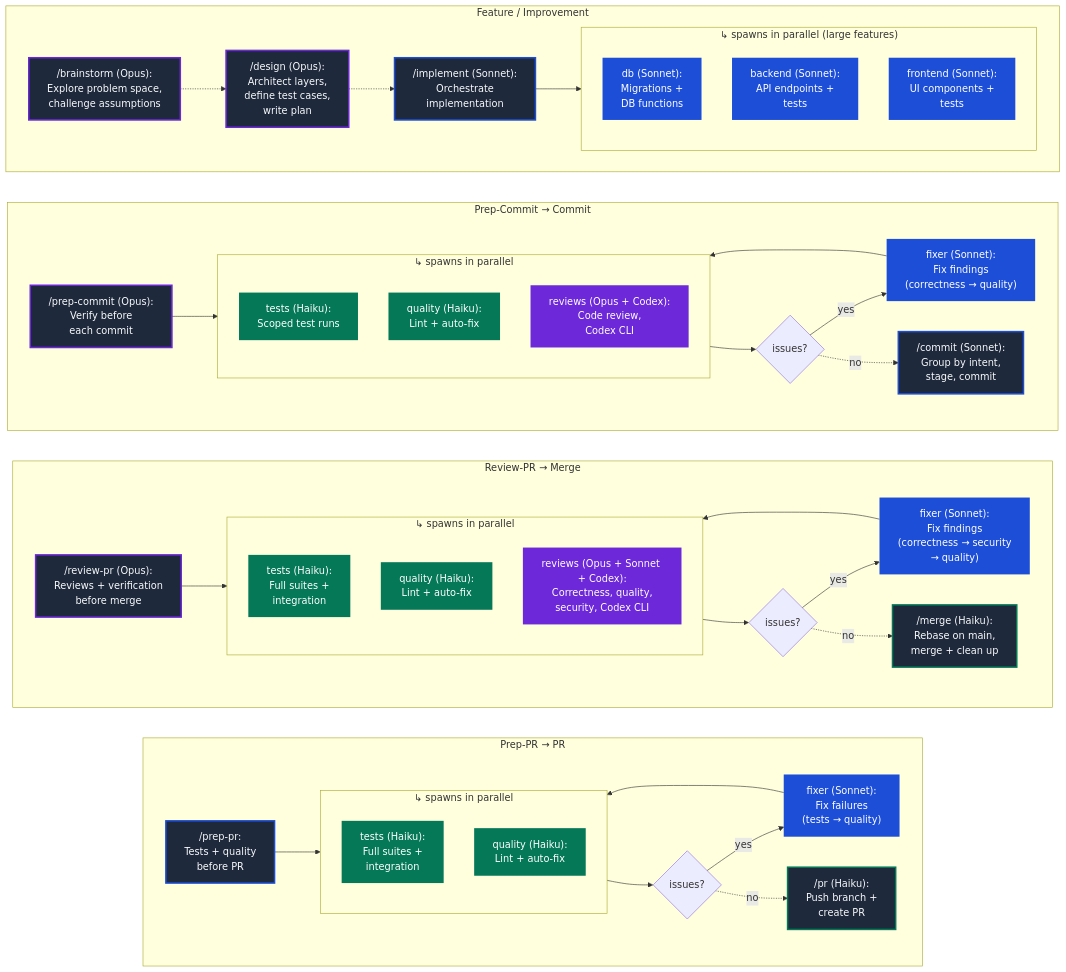
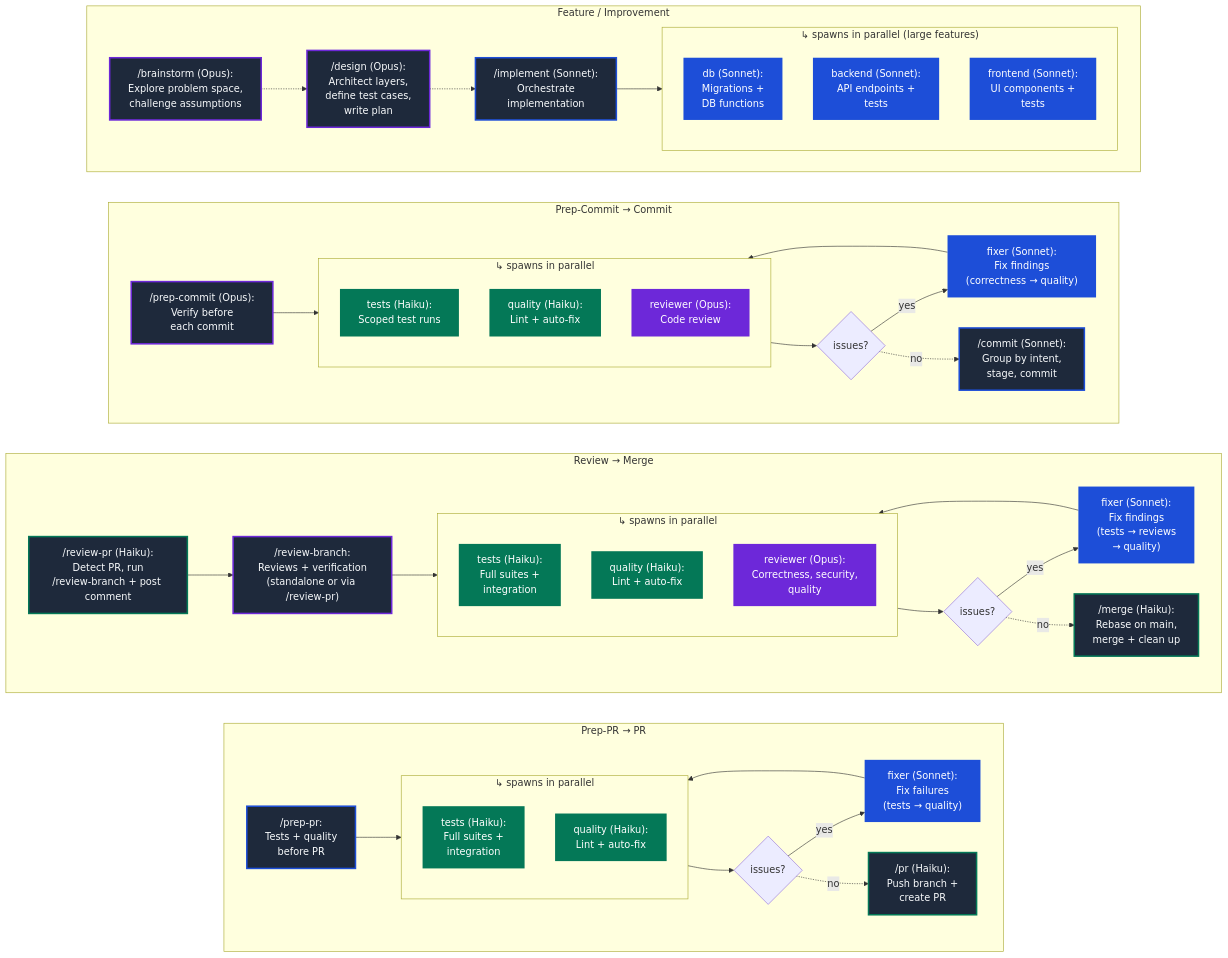
Before and after one commit to kambatla/ccupa: the diagram in README.md, drawn with Mermaid. The commit also changed other lines of this file, not shown here.

Commit message:
docs: update workflow diagram to reflect review-branch as core reviewer
/review-pr now delegates to /review-branch rather than orchestrating
reviews directly. Update diagram, agent counts, and commands table to
match current flow. Remove Codex reviewer references.

```diff
--- a/README.md
+++ b/README.md
@@ -60,23 +60,25 @@
     PPRFIX --> PPR_A
     PPR_CHECK -.->|no| PR
   end
- subgraph RPR_FLOW["Review-PR → Merge"]
+ subgraph RPR_FLOW["Review → Merge"]
     direction LR
-    RPR["/review-pr (Opus):<br/>Reviews + verification<br/>before merge"]
-    subgraph RPR_A["↳ spawns in parallel"]
+    RPR["/review-pr (Haiku):<br/>Detect PR, run<br/>/review-branch + post comment"]
+    RB["/review-branch:<br/>Reviews + verification<br/>(standalone or via /review-pr)"]
+    subgraph RB_A["↳ spawns in parallel"]
         direction TB
-        rprT["tests (Haiku):<br/>Full suites +<br/>integration"]
-        rprQ["quality (Haiku):<br/>Lint + auto-fix"]
-        rprR["reviews (Opus + Sonnet + Codex):<br/>Correctness, quality,<br/>security, Codex CLI"]
+        rbT["tests (Haiku):<br/>Full suites +<br/>integration"]
+        rbQ["quality (Haiku):<br/>Lint + auto-fix"]
+        rbR["reviewer (Opus):<br/>Correctness, security,<br/>quality"]
     end
-    RPR_CHECK{issues?}
-    RPRFIX["fixer (Sonnet):<br/>Fix findings<br/>(correctness → security<br/>→ quality)"]
+    RB_CHECK{issues?}
+    RBFIX["fixer (Sonnet):<br/>Fix findings<br/>(tests → reviews<br/>→ quality)"]
     MRG["/merge (Haiku):<br/>Rebase on main,<br/>merge + clean up"]
-    RPR --> RPR_A
-    RPR_A --> RPR_CHECK
-    RPR_CHECK -->|yes| RPRFIX
-    RPRFIX --> RPR_A
-    RPR_CHECK -.->|no| MRG
+    RPR --> RB
+    RB --> RB_A
+    RB_A --> RB_CHECK
+    RB_CHECK -->|yes| RBFIX
+    RBFIX --> RB_A
+    RB_CHECK -.->|no| MRG
   end
  subgraph PC_FLOW["Prep-Commit → Commit"]
     direction LR
@@ -85,7 +87,7 @@
         direction TB
         pcT["tests (Haiku):<br/>Scoped test runs"]
         pcQ["quality (Haiku):<br/>Lint + auto-fix"]
-        pcR["reviews (Opus + Codex):<br/>Code review,<br/>Codex CLI"]
+        pcR["reviewer (Opus):<br/>Code review"]
     end
     PC_CHECK{issues?}
     PCFIX["fixer (Sonnet):<br/>Fix findings<br/>(correctness → quality)"]
@@ -129,17 +131,18 @@
      pcR:::opus
      pprT:::haiku
      pprQ:::haiku
-     rprT:::haiku
-     rprQ:::haiku
-     rprR:::opus
+     rbT:::haiku
+     rbQ:::haiku
+     rbR:::opus
      PC:::skill-opus
      PCFIX:::sonnet
      CMT:::skill-sonnet
      PPR:::skill-sonnet
      PPRFIX:::sonnet
      PR:::skill-haiku
-     RPR:::skill-opus
-     RPRFIX:::sonnet
+     RB:::skill-opus
+     RPR:::skill-haiku
+     RBFIX:::sonnet
      MRG:::skill-haiku
     classDef skill-opus fill:#1e293b,color:#f8fafc,stroke:#6d28d9,stroke-width:2.5px
     classDef skill-sonnet fill:#1e293b,color:#f8fafc,stroke:#1d4ed8,stroke-width:2.5px
```
